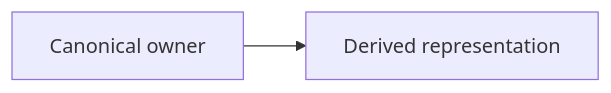
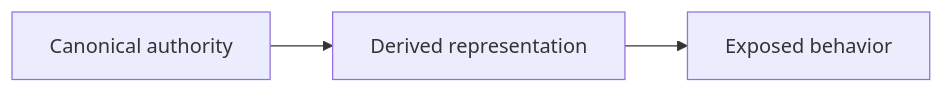
One commit to rika-N/repository-anti-drift changed the diagram in references/audit-report.md. Above: the diagram before and after it, drawn with Mermaid. The commit also changed other lines of this file and 8 other files, not shown here.

````diff
--- a/references/audit-report.md
+++ b/references/audit-report.md
@@ -110,4 +118,5 @@
 ```mermaid
 flowchart LR
-    A[Canonical owner] --> B[Derived representation]
+    A[Canonical authority] --> B[Derived representation]
+    B --> C[Exposed behavior]
 ```
````
